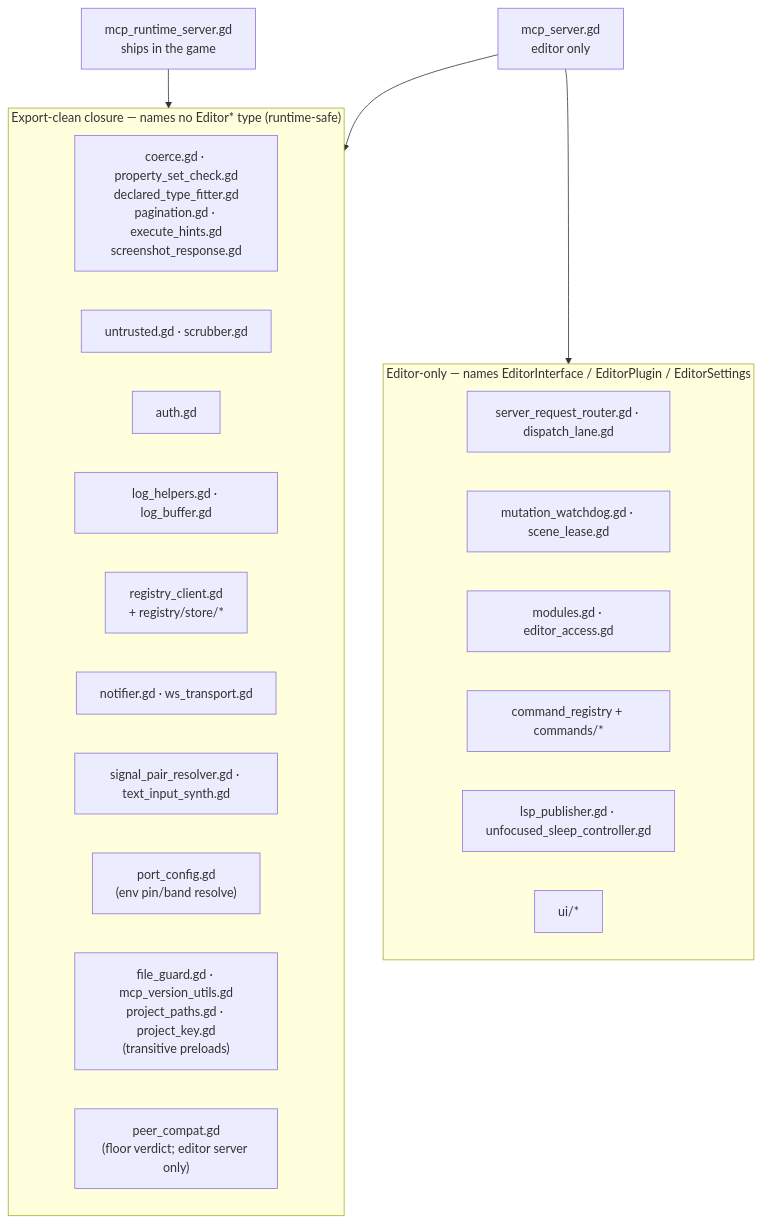
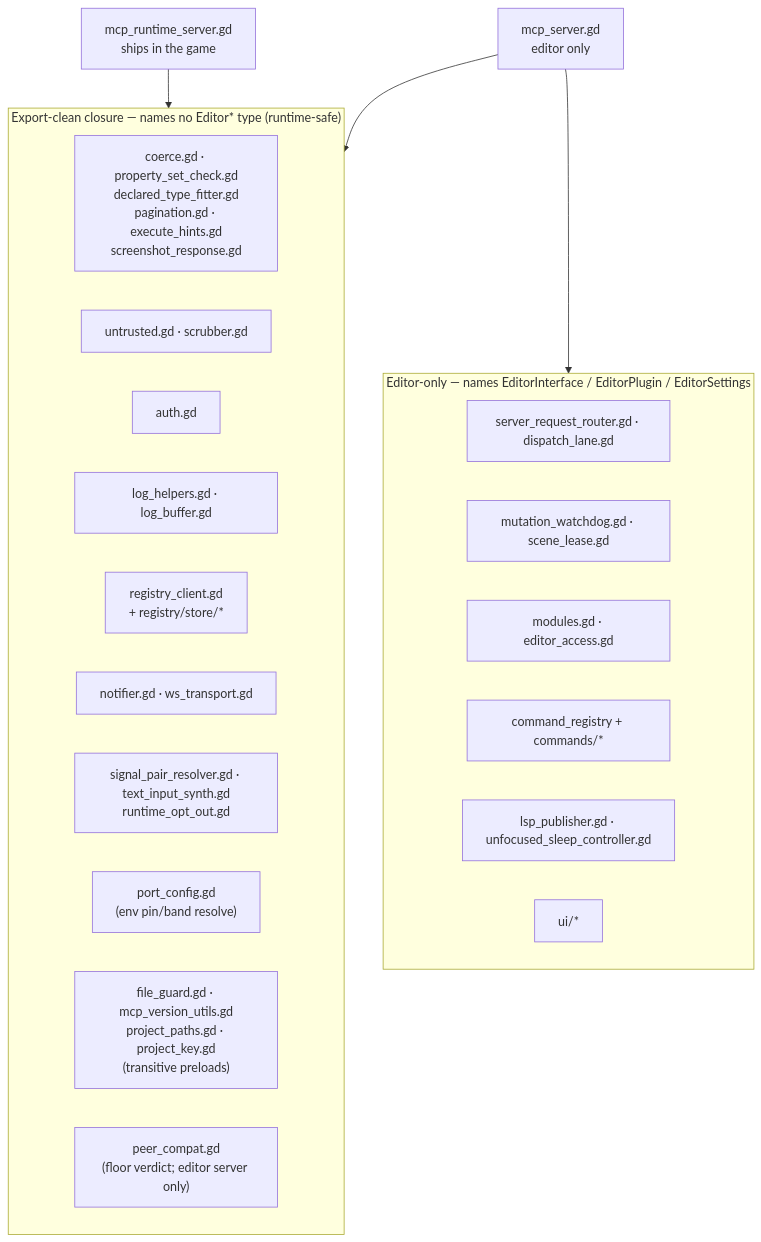
Before and after one commit to NPGameDev/godot-mcp-toolkit: the second of 13 diagrams in docs/architecture/README.md, drawn with Mermaid. The commit also changed other lines of this file and 1 other file, not shown here.

First line of the commit message:
docs(architecture): re-attest the sections the opt-out leaf touched

````diff
--- a/docs/architecture/README.md
+++ b/docs/architecture/README.md
@@ -147,30 +147,30 @@
 ```mermaid
 flowchart TB
     ModeB["mcp_runtime_server.gd<br/>ships in the game"]
     ModeA["mcp_server.gd<br/>editor only"]
     subgraph clean["Export-clean closure — names no Editor* type (runtime-safe)"]
       direction LR
       C1["coerce.gd · property_set_check.gd<br/>declared_type_fitter.gd<br/>pagination.gd · execute_hints.gd<br/>screenshot_response.gd"]
       C2["untrusted.gd · scrubber.gd"]
       C3["auth.gd"]
       C4["log_helpers.gd · log_buffer.gd"]
       C5["registry_client.gd<br/>+ registry/store/*"]
       C6["notifier.gd · ws_transport.gd"]
-      C7["signal_pair_resolver.gd · text_input_synth.gd"]
+      C7["signal_pair_resolver.gd · text_input_synth.gd<br/>runtime_opt_out.gd"]
       C8["port_config.gd<br/>(env pin/band resolve)"]
       C9["file_guard.gd · mcp_version_utils.gd<br/>project_paths.gd · project_key.gd<br/>(transitive preloads)"]
       C10["peer_compat.gd<br/>(floor verdict; editor server only)"]
     end
     subgraph tainted["Editor-only — names EditorInterface / EditorPlugin / EditorSettings"]
       direction LR
       D1["server_request_router.gd · dispatch_lane.gd"]
       D2["mutation_watchdog.gd · scene_lease.gd"]
       D3["modules.gd · editor_access.gd"]
       D4["command_registry + commands/*"]
       D5["lsp_publisher.gd · unfocused_sleep_controller.gd"]
       D6["ui/*"]
     end
     ModeB --> clean
     ModeA --> clean
     ModeA --> tainted
 ```
````
